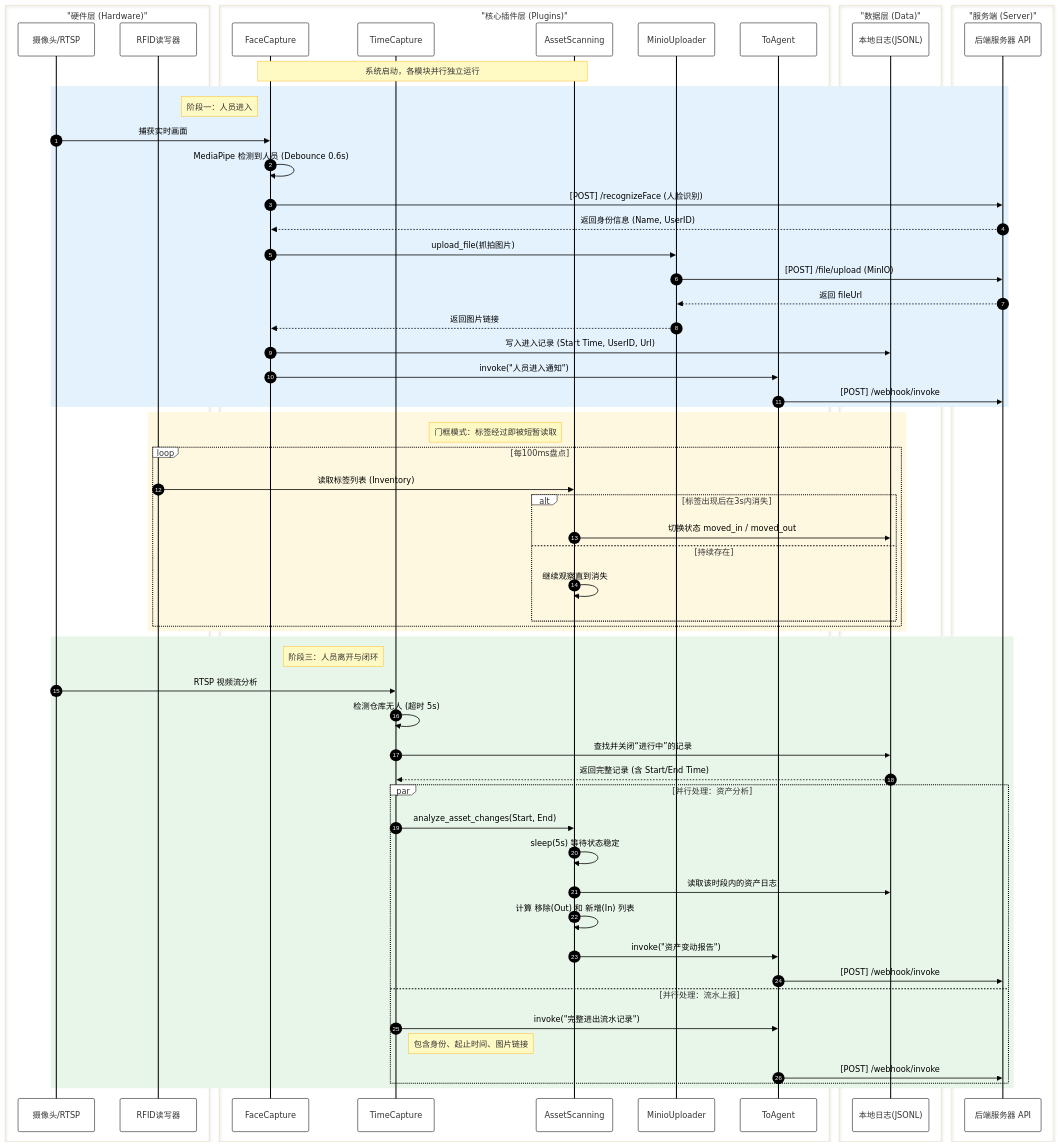
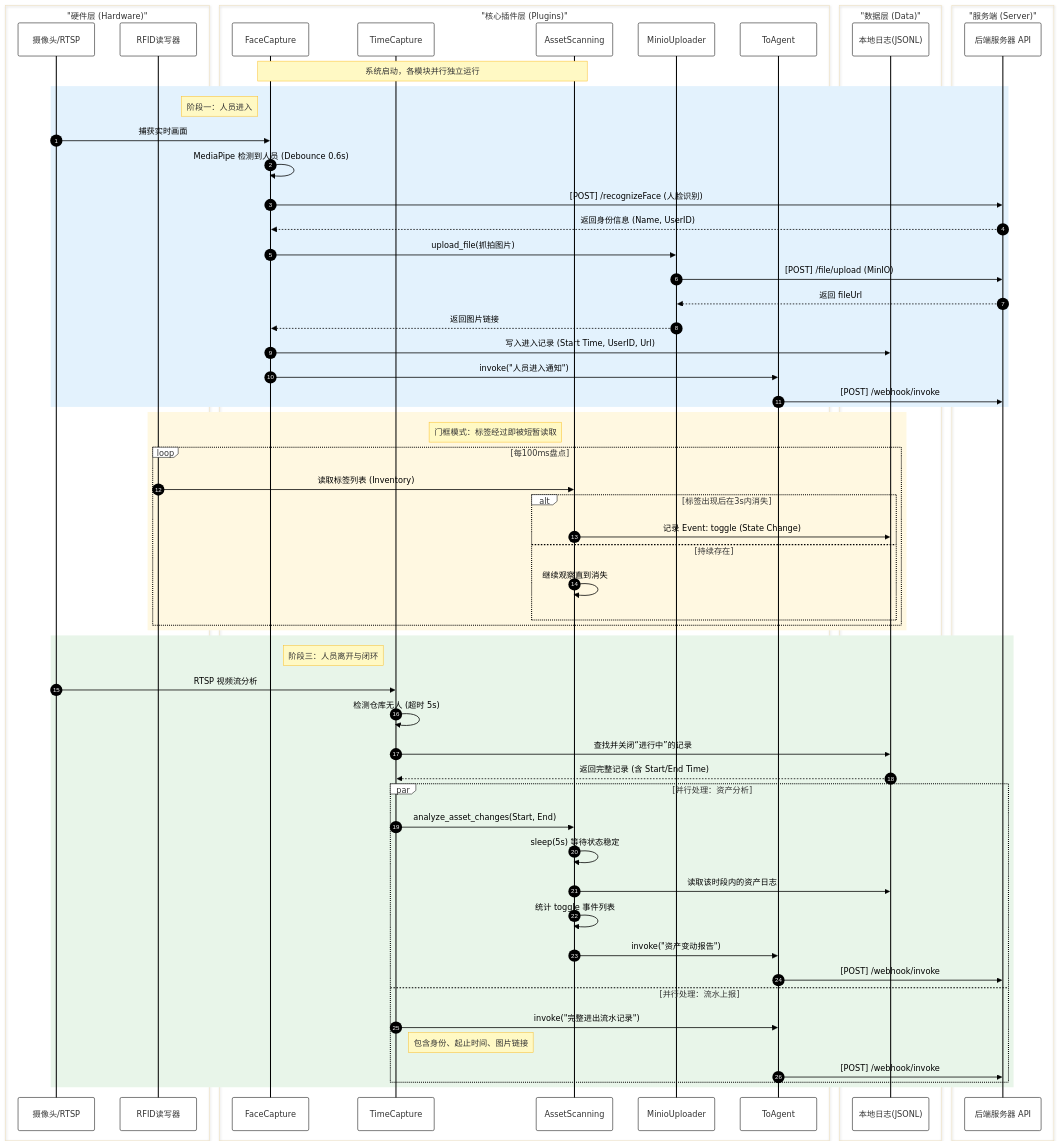
One commit to BorderArea01/warehouse changed the second of 2 diagrams in README.md. Above: the diagram before and after it, drawn with Mermaid. The commit also changed other lines of this file and 2 other files, not shown here.

First line of the commit message:
refactor(AssetScanning): 将资产状态追踪改为原始事件日志与离线分析

```diff
--- a/README.md
+++ b/README.md
@@ -143,7 +143,7 @@
         loop 每100ms盘点
             RFID->>Asset: 读取标签列表 (Inventory)
             alt 标签出现后在3s内消失
-                Asset->>Local: 切换状态 moved_in / moved_out
+                Asset->>Local: 记录 Event: toggle (State Change)
             else 持续存在
                 Asset->>Asset: 继续观察直到消失
             end
@@ -165,7 +165,7 @@
             Time->>Asset: analyze_asset_changes(Start, End)
             Asset->>Asset: sleep(5s) 等待状态稳定
             Asset->>Local: 读取该时段内的资产日志
-            Asset->>Asset: 计算 移除(Out) 和 新增(In) 列表
+            Asset->>Asset: 统计 toggle 事件列表
             Asset->>Agent: invoke("资产变动报告")
             Agent->>Server: [POST] /webhook/invoke
         and 并行处理：流水上报
```
